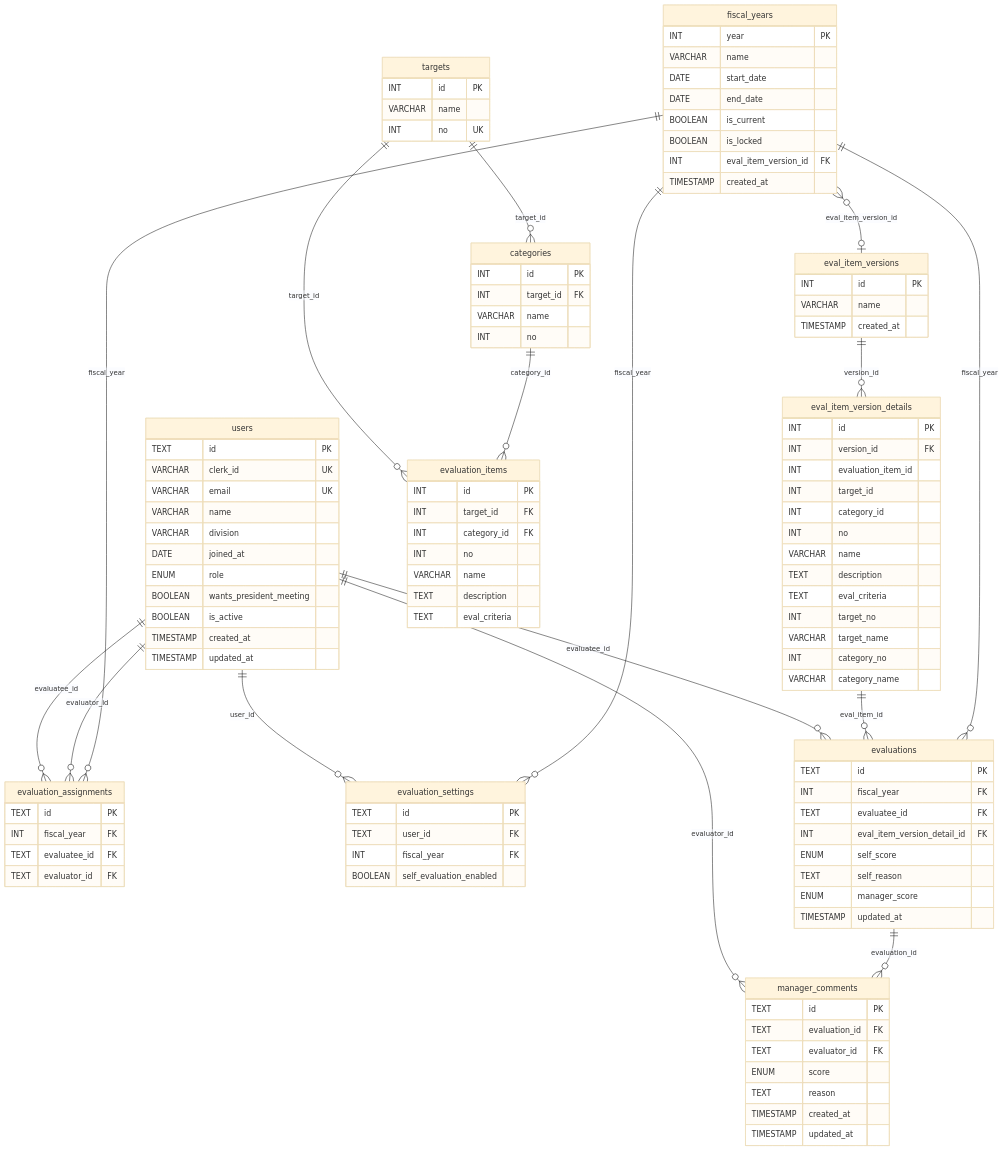
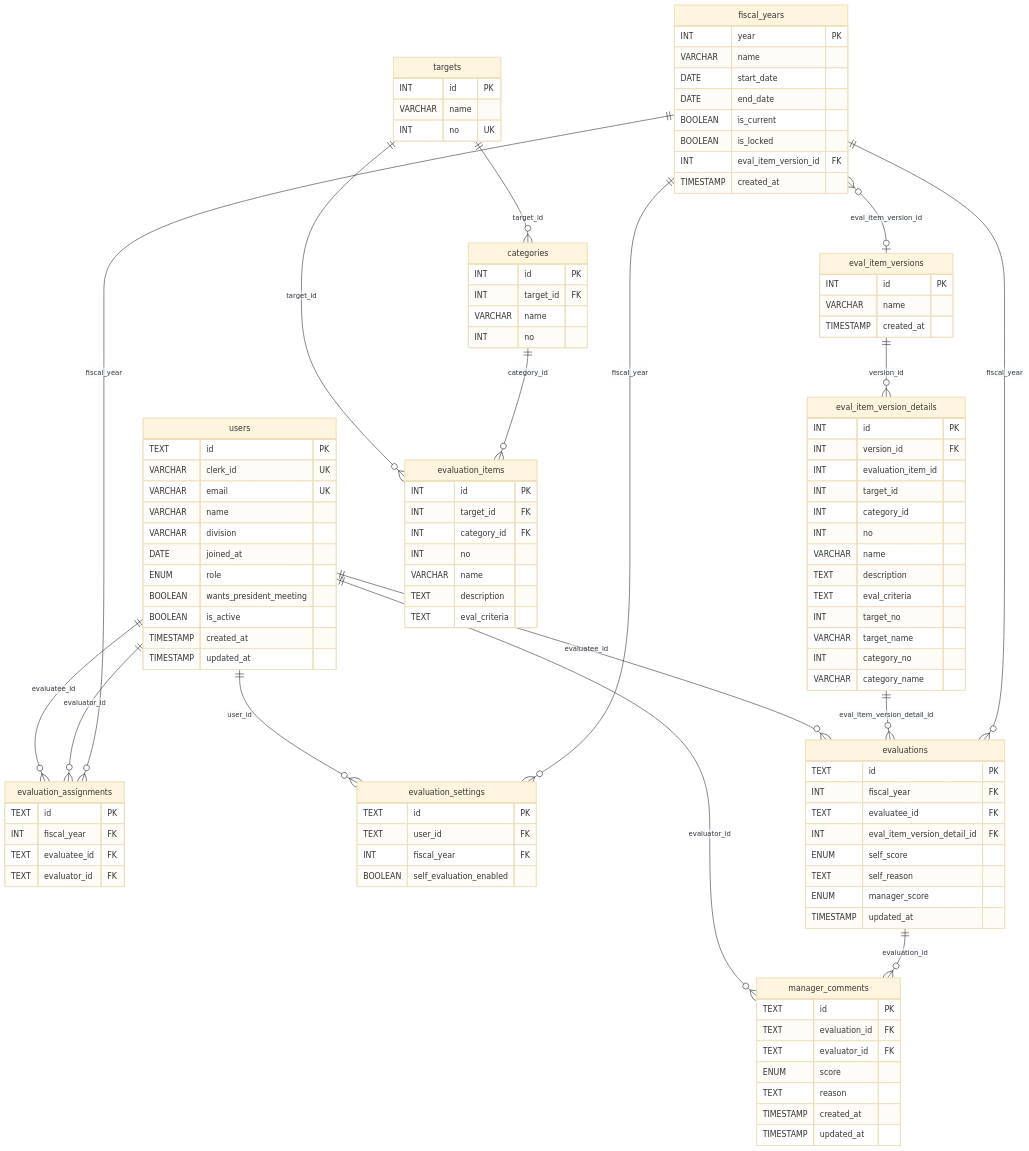
Before and after one commit to ot-nemoto/eval-hub: the diagram in docs/schema.md, drawn with Mermaid (base theme).

Commit message:
fix: schema.md ER 図のキー名を eval_item_version_detail_id に修正

```diff
--- a/docs/schema.md
+++ b/docs/schema.md
@@ -115,7 +115,7 @@
     users ||--o{ evaluation_settings : "user_id"
     fiscal_years }o--o| eval_item_versions : "eval_item_version_id"
     eval_item_versions ||--o{ eval_item_version_details : "version_id"
-    eval_item_version_details ||--o{ evaluations : "eval_item_id"
+    eval_item_version_details ||--o{ evaluations : "eval_item_version_detail_id"
     fiscal_years ||--o{ evaluation_assignments : "fiscal_year"
     fiscal_years ||--o{ evaluation_settings : "fiscal_year"
     fiscal_years ||--o{ evaluations : "fiscal_year"
```
